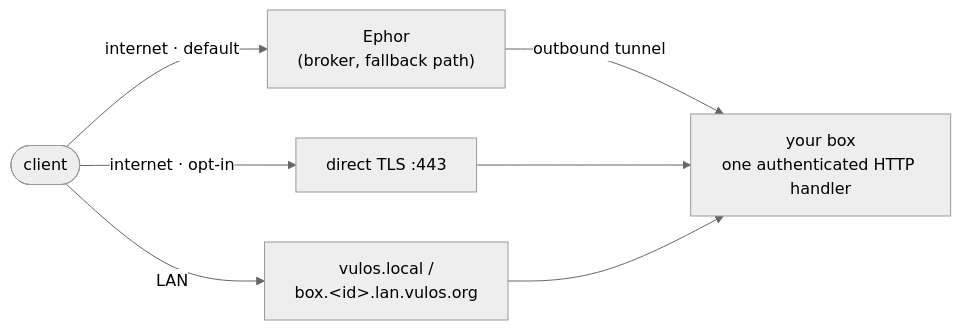
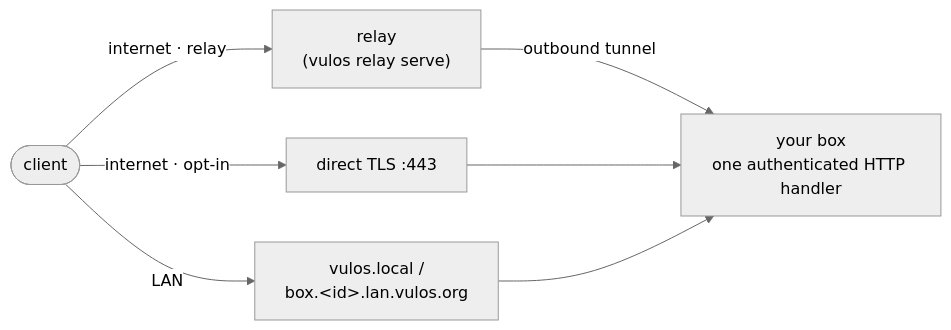
One commit to vul-os/vulos changed the diagram in docs/NETWORKING.md. Above: the diagram before and after it, drawn with Mermaid (neutral theme). The commit also changed other lines of this file and 31 other files, not shown here.

First line of the commit message:
reach: built-in Vulos relay — reachability without a third-party tunnel or Ephor

````diff
--- a/docs/NETWORKING.md
+++ b/docs/NETWORKING.md
@@ -23,9 +25,9 @@
 ```mermaid
 flowchart LR
-  C(["client"]) -->|"internet · default"| R["Ephor<br/>(broker, fallback path)"]
+  C(["client"]) -->|"internet · relay"| R["relay<br/>(vulos relay serve)"]
   C -->|"internet · opt-in"| D["direct TLS :443"]
   C -->|"LAN"| L["vulos.local /<br/>box.&lt;id&gt;.lan.vulos.org"]
   R -->|"outbound tunnel"| B["your box<br/>one authenticated HTTP handler"]
   D --> B
   L --> B
 ```
````
